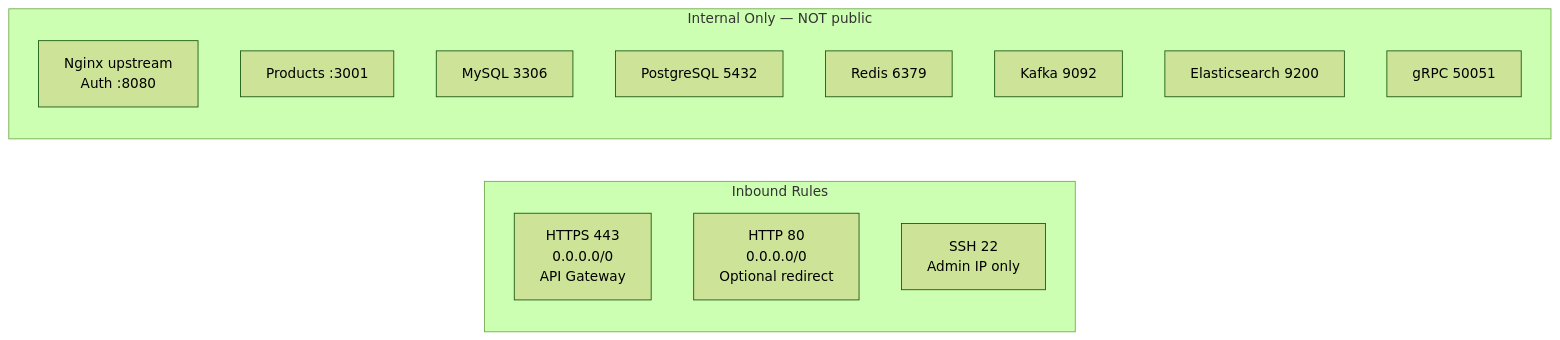
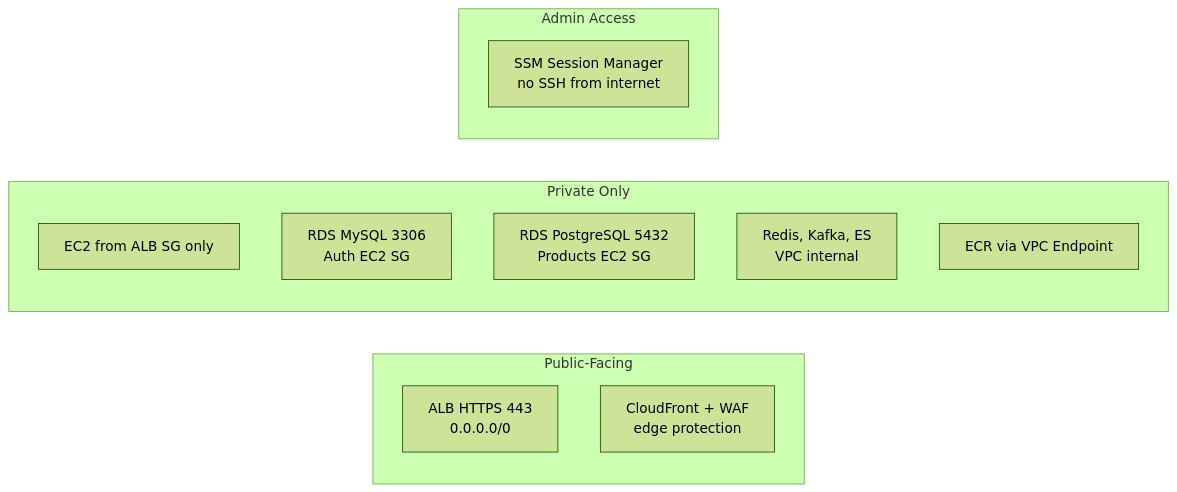
One commit to WaelAlQawasmi/ecommerce-frontend changed the third of 17 diagrams in docs/diagrams.md. Above: the diagram before and after it, drawn with Mermaid (forest theme). The commit also changed other lines of this file and 7 other files, not shown here.

Commit message:
Update production API URLs to use Application Load Balancer (ALB) and enhance documentation. Replace hardcoded IP addresses with placeholders in .env.production.example, README, and other documentation files to reflect the new architecture with VPC, ALB, and improved security measures.

````diff
--- a/docs/diagrams.md
+++ b/docs/diagrams.md
@@ -116,19 +128,19 @@
 ```mermaid
 flowchart LR
-    subgraph Inbound["Inbound Rules"]
-        I1[HTTPS 443\n0.0.0.0/0\nAPI Gateway]
-        I2[HTTP 80\n0.0.0.0/0\nOptional redirect]
-        I4[SSH 22\nAdmin IP only]
+    subgraph Public["Public-Facing"]
+        P1[ALB HTTPS 443\n0.0.0.0/0]
+        P2[CloudFront + WAF\nedge protection]
     end
 
-    subgraph Blocked["Internal Only — NOT public"]
-        B0[Nginx upstream\nAuth :8080]
-        B0b[Products :3001]
-        B1[MySQL 3306]
-        B2[PostgreSQL 5432]
-        B3[Redis 6379]
-        B4[Kafka 9092]
-        B5[Elasticsearch 9200]
-        B6[gRPC 50051]
+    subgraph Private["Private Only"]
+        B0[EC2 from ALB SG only]
+        B1[RDS MySQL 3306\nAuth EC2 SG]
+        B2[RDS PostgreSQL 5432\nProducts EC2 SG]
+        B3[Redis, Kafka, ES\nVPC internal]
+        B4[ECR via VPC Endpoint]
+    end
+
+    subgraph Admin["Admin Access"]
+        A1[SSM Session Manager\nno SSH from internet]
     end
 ```
````
